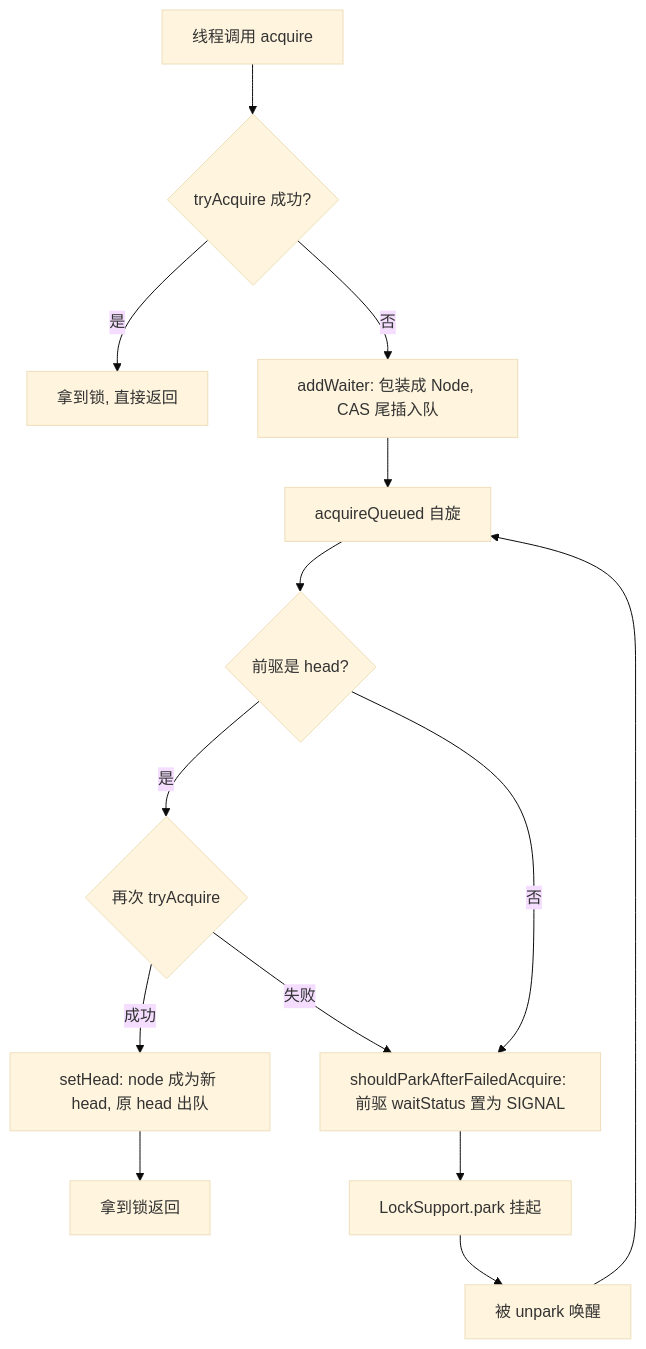
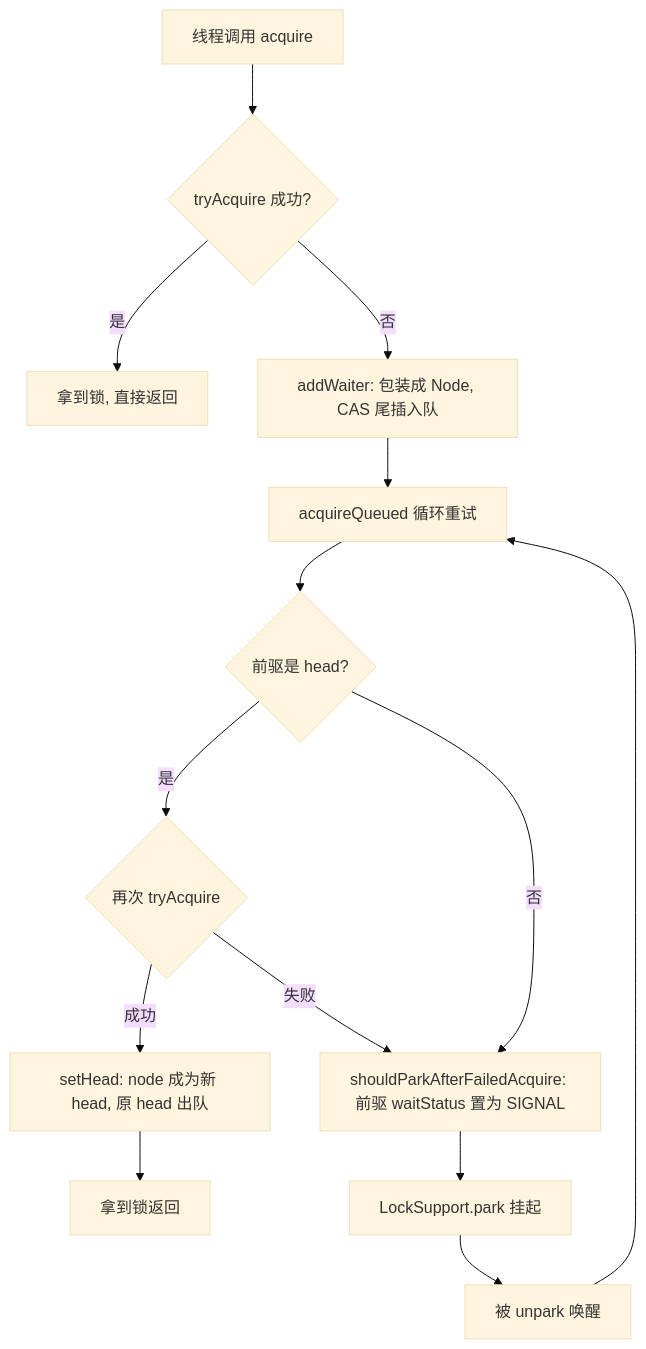
Before and after one commit to fanyajun186/java-interview-prep: the first of 2 diagrams in notebook/java-core/java-core-aqs.md, drawn with Mermaid (base theme). The commit also changed other lines of this file and 32 other files, not shown here.

````diff
--- a/notebook/java-core/java-core-aqs.md
+++ b/notebook/java-core/java-core-aqs.md
@@ -188,16 +187,16 @@
 ```mermaid
 flowchart TD
     A["线程调用 acquire"] --> B{"tryAcquire 成功?"}
     B -->|是| C["拿到锁, 直接返回"]
     B -->|否| D["addWaiter: 包装成 Node, CAS 尾插入队"]
-    D --> E["acquireQueued 自旋"]
+    D --> E["acquireQueued 循环重试"]
     E --> F{"前驱是 head?"}
     F -->|是| G{"再次 tryAcquire"}
     G -->|成功| H["setHead: node 成为新 head, 原 head 出队"]
     H --> I["拿到锁返回"]
     G -->|失败| J["shouldParkAfterFailedAcquire: 前驱 waitStatus 置为 SIGNAL"]
     F -->|否| J
     J --> K["LockSupport.park 挂起"]
     K --> L["被 unpark 唤醒"]
     L --> E
 ```
````
